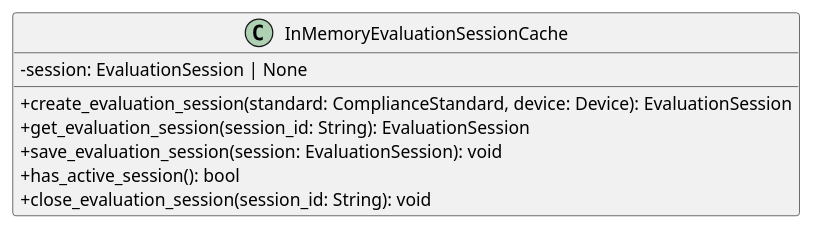
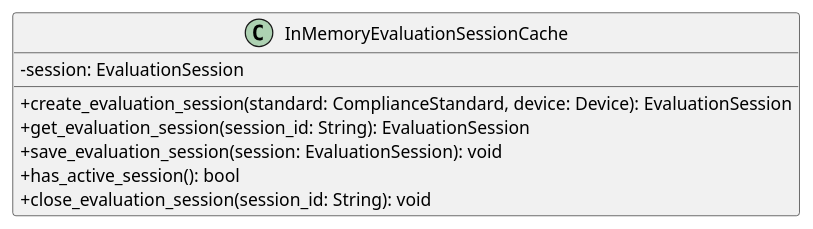
The diagram in src/PB/DocumentazioneEsterna/Specifica_Tecnica/content/uml/puml/Diagrammi_classi/Backend/OutboundAdapters/InMemoryEvaluationSessionCache.puml (GroupRubberDuck/Documentazione), drawn with PlantUML before and after one commit. The commit also changed 34 other files, not shown here.

```diff
--- a/src/PB/DocumentazioneEsterna/Specifica_Tecnica/content/uml/puml/Diagrammi_classi/Backend/OutboundAdapters/InMemoryEvaluationSessionCache.puml
+++ b/src/PB/DocumentazioneEsterna/Specifica_Tecnica/content/uml/puml/Diagrammi_classi/Backend/OutboundAdapters/InMemoryEvaluationSessionCache.puml
@@ -1,12 +1,13 @@
 @startuml InMemoryEvaluationSessionCache
 skinparam classAttributeIconSize 0
+
 class InMemoryEvaluationSessionCache {
-    - session: EvaluationSession | None
+    - session: EvaluationSession
     + create_evaluation_session(standard: ComplianceStandard, device: Device): EvaluationSession
     + get_evaluation_session(session_id: String): EvaluationSession
     + save_evaluation_session(session: EvaluationSession): void
     + has_active_session(): bool
     + close_evaluation_session(session_id: String): void
 }
 
 @enduml
```
